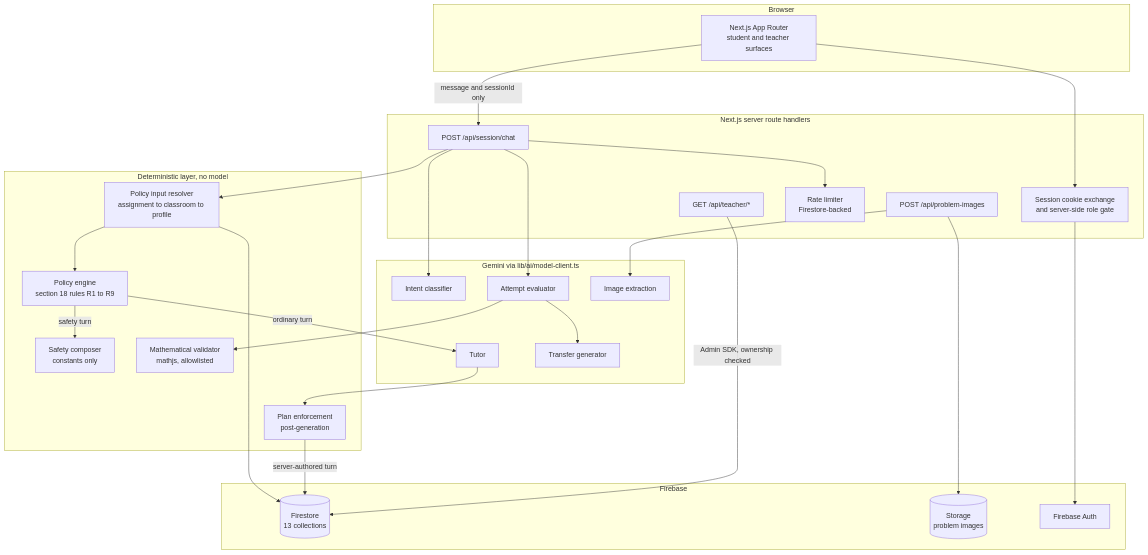
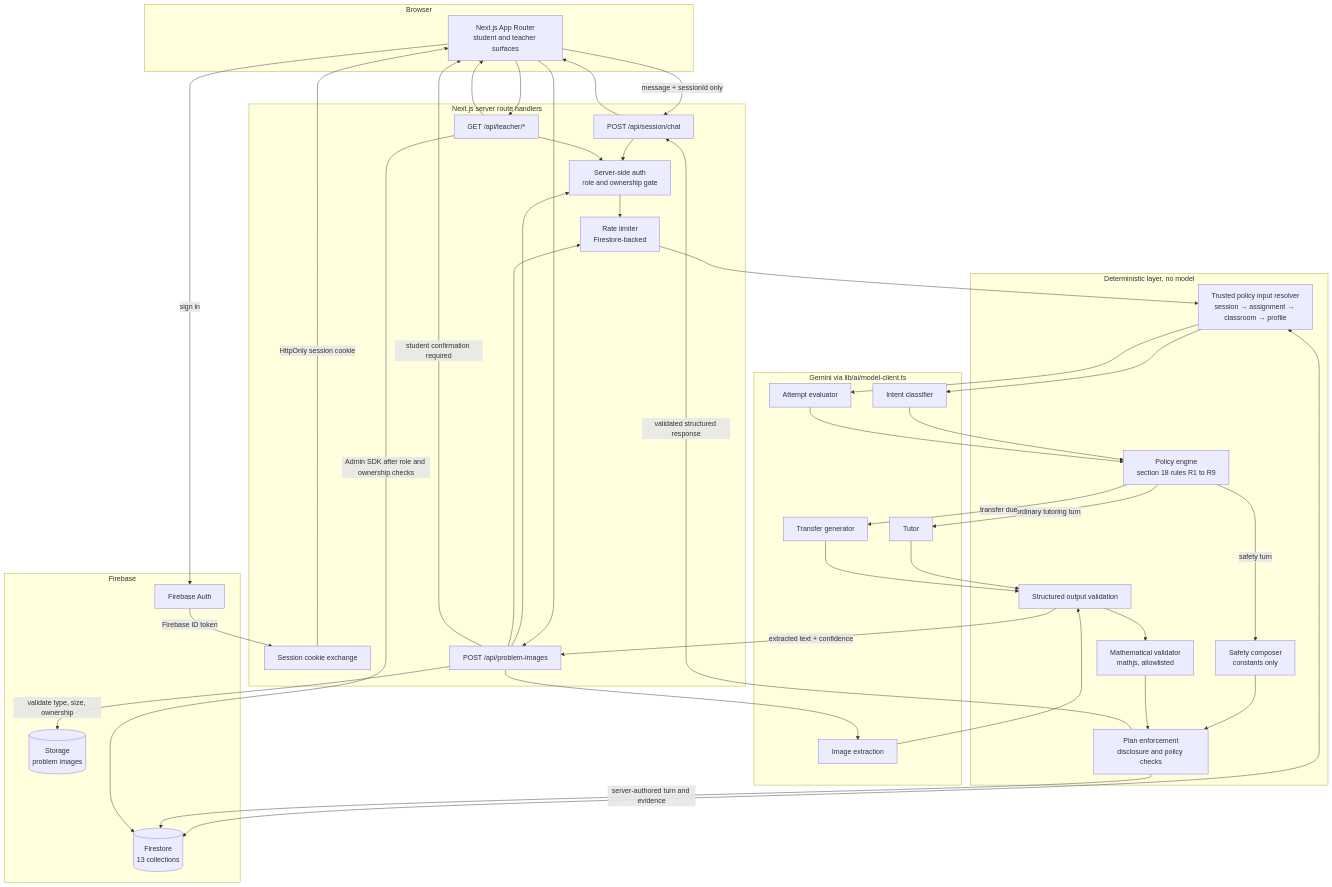
One commit to huythedev/thinkfirst changed the diagram in README.md. Above: the diagram before and after it, drawn with Mermaid.

````diff
--- a/README.md
+++ b/README.md
@@ -97,55 +97,98 @@
 ```mermaid
 flowchart TB
-      subgraph Browser
-            UI[Next.js App Router<br/>student and teacher surfaces]
-      end
+    subgraph Browser
+        UI[Next.js App Router<br/>student and teacher surfaces]
+    end
 
-      subgraph Server["Next.js server route handlers"]
-            AUTH[Session cookie exchange<br/>and server-side role gate]
-            CHAT[POST /api/session/chat]
-            TEACH[GET /api/teacher/*]
-            IMG[POST /api/problem-images]
-            RL[Rate limiter<br/>Firestore-backed]
-      end
+    subgraph Server["Next.js server route handlers"]
+        AUTH[Session cookie exchange]
+        GUARD[Server-side auth<br/>role and ownership gate]
+        CHAT[POST /api/session/chat]
+        TEACH[GET /api/teacher/*]
+        IMG[POST /api/problem-images]
+        RL[Rate limiter<br/>Firestore-backed]
+    end
 
-      subgraph Policy["Deterministic layer, no model"]
-            RESOLVE[Policy input resolver<br/>assignment to classroom to profile]
-            ENGINE[Policy engine<br/>section 18 rules R1 to R9]
-            ENFORCE[Plan enforcement<br/>post-generation]
-            SAFE[Safety composer<br/>constants only]
-            MATH[Mathematical validator<br/>mathjs, allowlisted]
-      end
+    subgraph Policy["Deterministic layer, no model"]
+        RESOLVE[Trusted policy input resolver<br/>session → assignment → classroom → profile]
+        ENGINE[Policy engine<br/>section 18 rules R1 to R9]
+        VALID[Structured output validation]
+        MATH[Mathematical validator<br/>mathjs, allowlisted]
+        ENFORCE[Plan enforcement<br/>disclosure and policy checks]
+        SAFE[Safety composer<br/>constants only]
+    end
 
-      subgraph Model["Gemini via lib/ai/model-client.ts"]
-            CLS[Intent classifier]
-            TUT[Tutor]
-            EVAL[Attempt evaluator]
-            XFER[Transfer generator]
-            OCR[Image extraction]
-      end
+    subgraph Model["Gemini via lib/ai/model-client.ts"]
+        CLS[Intent classifier]
+        EVAL[Attempt evaluator]
+        TUT[Tutor]
+        XFER[Transfer generator]
+        OCR[Image extraction]
+    end
 
-      subgraph Data["Firebase"]
-            FS[(Firestore<br/>13 collections)]
-            ST[(Storage<br/>problem images)]
-            FA[Firebase Auth]
-      end
+    subgraph Data["Firebase"]
+        FS[(Firestore<br/>13 collections)]
+        ST[(Storage<br/>problem images)]
+        FA[Firebase Auth]
+    end
 
-      UI -->|message and sessionId only| CHAT
-      UI --> AUTH
-      AUTH --> FA
-      CHAT --> RL
-      CHAT --> RESOLVE
-      RESOLVE --> FS
-      RESOLVE --> ENGINE
-      ENGINE -->|safety turn| SAFE
-      ENGINE -->|ordinary turn| TUT
-      CHAT --> CLS
-      TUT --> ENFORCE
-      ENFORCE -->|server-authored turn| FS
-      CHAT --> EVAL
-      EVAL --> MATH
-      EVAL --> XFER
-      IMG --> OCR
-      IMG --> ST
-      TEACH -->|Admin SDK, ownership checked| FS
+    %% Authentication
+    UI -->|sign in| FA
+    FA -->|Firebase ID token| AUTH
+    AUTH -->|HttpOnly session cookie| UI
+
+    %% Main tutoring request
+    UI -->|message + sessionId only| CHAT
+    CHAT --> GUARD
+    GUARD --> RL
+    RL --> RESOLVE
+
+    %% Trusted server-side state
+    RESOLVE <--> FS
+
+    %% Analysis signals
+    RESOLVE --> CLS
+    RESOLVE --> EVAL
+
+    CLS --> ENGINE
+    EVAL --> ENGINE
+
+    %% Deterministic policy chooses what may happen
+    ENGINE -->|safety turn| SAFE
+    ENGINE -->|ordinary tutoring turn| TUT
+    ENGINE -->|transfer due| XFER
+
+    %% Safety path
+    SAFE --> ENFORCE
+
+    %% Tutor generation path
+    TUT --> VALID
+    VALID --> MATH
+    MATH --> ENFORCE
+
+    %% Transfer generation path
+    XFER --> VALID
+
+    %% Server-authoritative persistence
+    ENFORCE -->|server-authored turn and evidence| FS
+
+    %% Response to client
+    ENFORCE -->|validated structured response| CHAT
+    CHAT --> UI
+
+    %% Teacher API
+    UI --> TEACH
+    TEACH --> GUARD
+    TEACH -->|Admin SDK after role and ownership checks| FS
+    TEACH --> UI
+
+    %% Problem image flow
+    UI --> IMG
+    IMG --> GUARD
+    IMG --> RL
+    IMG -->|validate type, size, ownership| ST
+    IMG --> OCR
+    OCR --> VALID
+    VALID -->|extracted text + confidence| IMG
+    IMG -->|student confirmation required| UI
 ```
````
